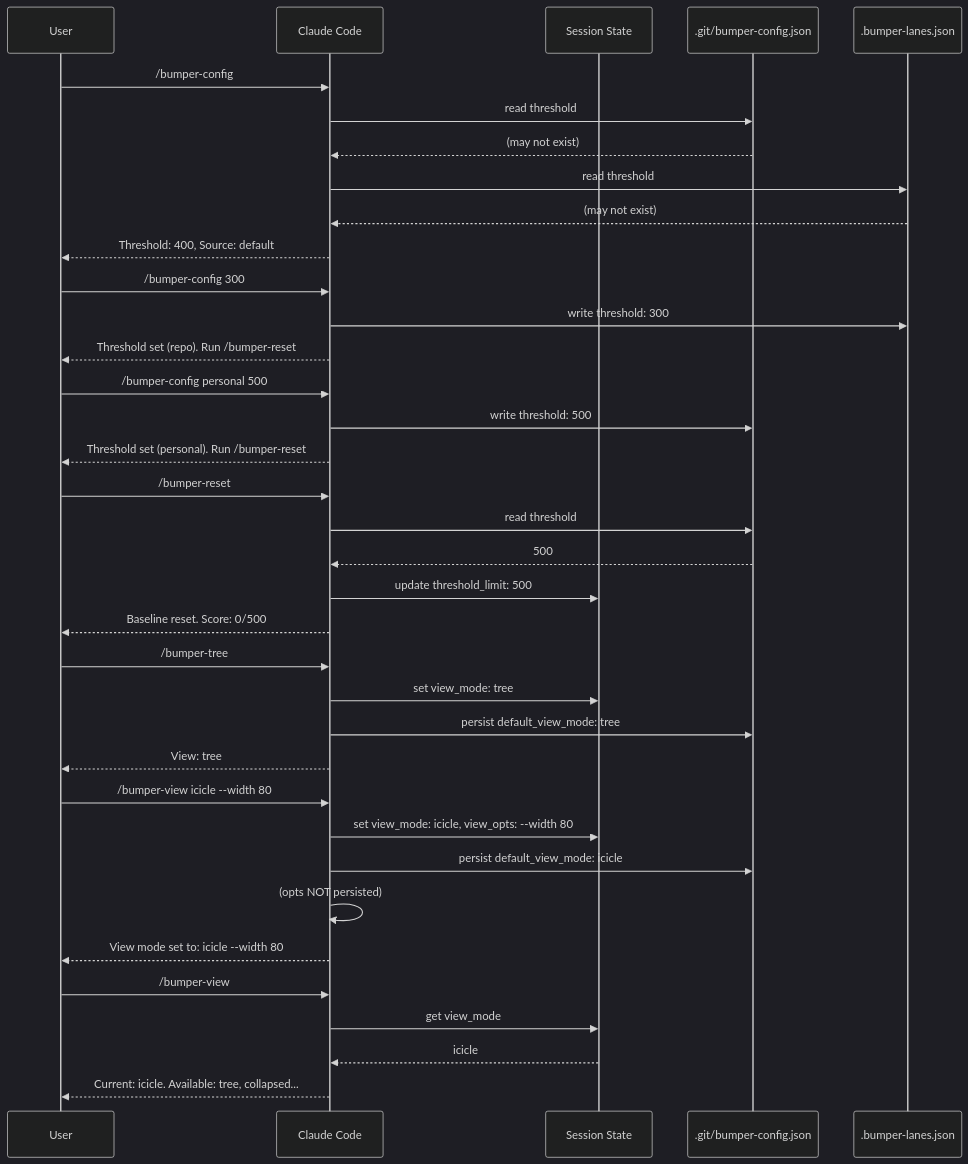
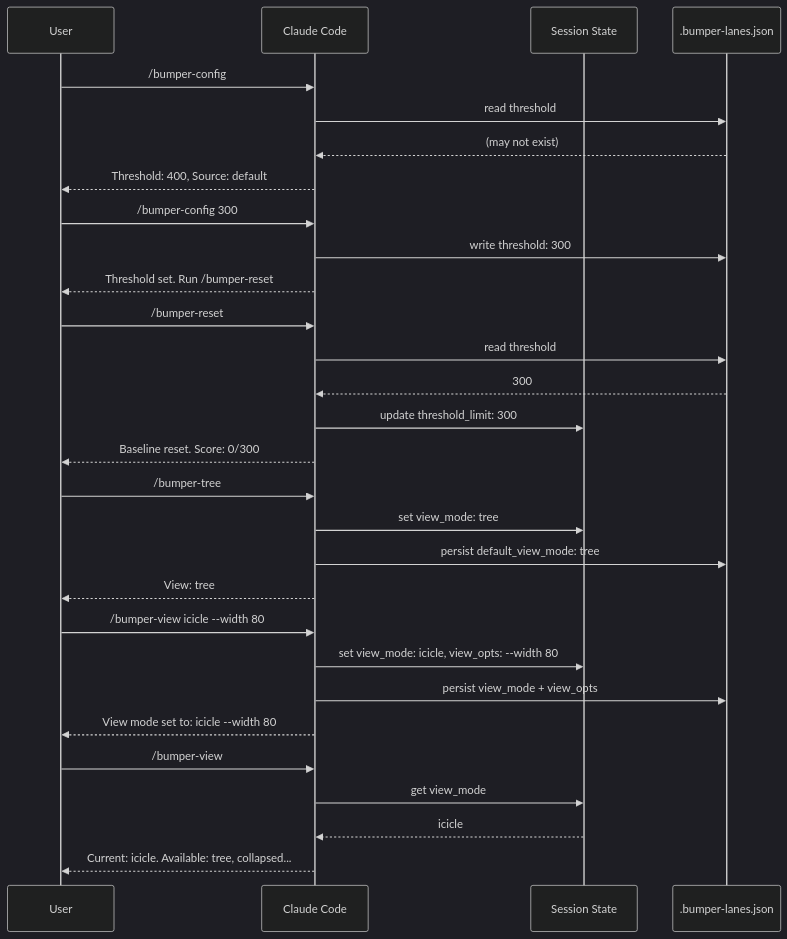
The diagram in docs/configuration-sequence.mmd (kylesnowschwartz/claude-bumper-lanes), drawn with Mermaid (dark theme) before and after one commit. The commit also changed 11 other files, not shown here.

First line of the commit message:
refactor: simplify config to single-tier (.bumper-lanes.json only)

```diff
--- a/docs/configuration-sequence.mmd
+++ b/docs/configuration-sequence.mmd
@@ -1,80 +1,66 @@
 %% Configuration Flow: All ways users configure bumper-lanes
 %% Render: cat configuration-sequence.mmd | mermaid-ascii -f -
 %% Focus: User-facing commands and their effects on storage
 
 sequenceDiagram
     participant User
     participant CC as Claude Code
     participant Sess as Session State
-    participant Personal as .git/bumper-config.json
-    participant Repo as .bumper-lanes.json
+    participant Config as .bumper-lanes.json
 
     %% === THRESHOLD CONFIGURATION ===
 
     %% Show current config
     User->>CC: /bumper-config
-    CC->>Personal: read threshold
-    Personal-->>CC: (may not exist)
-    CC->>Repo: read threshold
-    Repo-->>CC: (may not exist)
+    CC->>Config: read threshold
+    Config-->>CC: (may not exist)
     CC-->>User: Threshold: 400, Source: default
 
-    %% Set repo threshold (shared with team)
+    %% Set threshold
     User->>CC: /bumper-config 300
-    CC->>Repo: write threshold: 300
-    CC-->>User: Threshold set (repo). Run /bumper-reset
-
-    %% Set personal threshold (override)
-    User->>CC: /bumper-config personal 500
-    CC->>Personal: write threshold: 500
-    CC-->>User: Threshold set (personal). Run /bumper-reset
+    CC->>Config: write threshold: 300
+    CC-->>User: Threshold set. Run /bumper-reset
 
     %% Apply threshold change (manual step!)
     User->>CC: /bumper-reset
-    CC->>Personal: read threshold
-    Personal-->>CC: 500
-    CC->>Sess: update threshold_limit: 500
-    CC-->>User: Baseline reset. Score: 0/500
+    CC->>Config: read threshold
+    Config-->>CC: 300
+    CC->>Sess: update threshold_limit: 300
+    CC-->>User: Baseline reset. Score: 0/300
 
     %% === VIEW MODE CONFIGURATION ===
 
     %% Per-mode command (immediate, no opts)
     User->>CC: /bumper-tree
     CC->>Sess: set view_mode: tree
-    CC->>Personal: persist default_view_mode: tree
+    CC->>Config: persist default_view_mode: tree
     CC-->>User: View: tree
 
-    %% View command with opts (immediate, opts not persisted)
+    %% View command with opts (both persisted now)
     User->>CC: /bumper-view icicle --width 80
     CC->>Sess: set view_mode: icicle, view_opts: --width 80
-    CC->>Personal: persist default_view_mode: icicle
-    CC->>CC: (opts NOT persisted)
+    CC->>Config: persist view_mode + view_opts
     CC-->>User: View mode set to: icicle --width 80
 
     %% Show current view mode
     User->>CC: /bumper-view
     CC->>Sess: get view_mode
     Sess-->>CC: icicle
     CC-->>User: Current: icicle. Available: tree, collapsed...
 
 %% ============================================================
 %% VALIDATION REFERENCES
 %% ============================================================
-%% - Config load priority: internal/config/config.go:70-96
-%% - Threshold set: internal/hooks/prompt_handler.go:235-266
-%% - View mode set: internal/hooks/prompt_handler.go:154-209
+%% - Config load: internal/config/config.go:67-111
+%% - Threshold set: internal/hooks/prompt_handler.go:227-246
+%% - View mode set: internal/hooks/prompt_handler.go:149-207
 %% - View opts storage: internal/state/session.go:28
-%% - Persist view mode: internal/hooks/view.go:83-113
+%% - Persist view: internal/hooks/view.go:65-81
 %%
 %% CONFIGURATION SURFACE AREA
 %% - Threshold: 50-2000 points (default 400)
 %% - View modes: tree, collapsed, smart, topn, icicle, brackets
-%% - View opts: --width N, --depth N (session-only)
+%% - View opts: --width N, --depth N (now persisted!)
 %%
-%% PAIN POINTS (6 friction sources)
-%% 1. Threshold change requires manual /bumper-reset to apply
-%% 2. View opts are ephemeral - lost on session restart
-%% 3. Per-mode commands (/bumper-tree) don't accept opts
-%% 4. Two config scopes (personal vs repo) with different paths
-%% 5. Priority resolution is implicit (personal > repo > default)
-%% 6. No way to set repo-level default view mode (only personal)
+%% Config file: .bumper-lanes.json at repo root
+%% Users can add to .gitignore if they don't want to track
```
